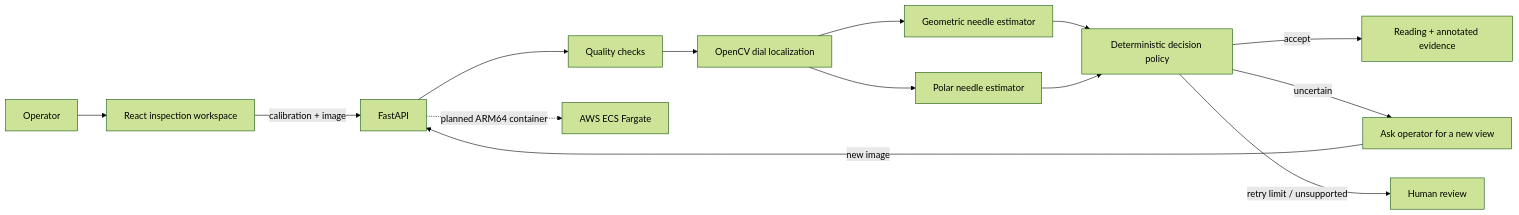
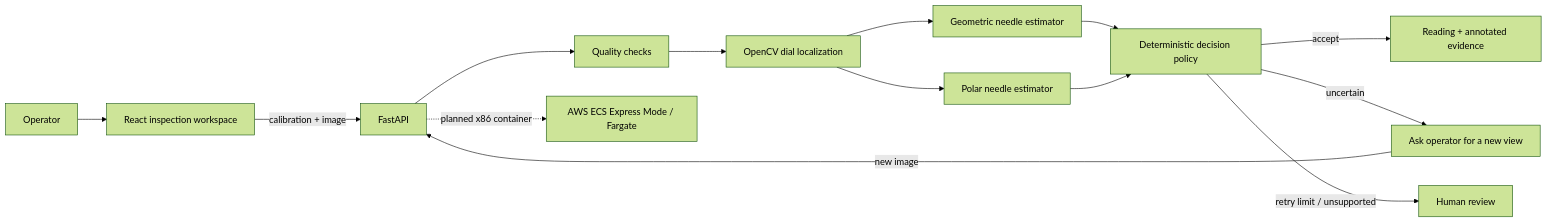
One commit to zalkabsi/Qyvoriq changed the diagram in README.md. Above: the diagram before and after it, drawn with Mermaid (forest theme). The commit also changed other lines of this file and 48 other files, not shown here.

````diff
--- a/README.md
+++ b/README.md
@@ -26,16 +26,16 @@
 ```mermaid
 flowchart LR
   U[Operator] --> W[React inspection workspace]
   W -->|calibration + image| A[FastAPI]
   A --> Q[Quality checks]
   Q --> L[OpenCV dial localization]
   L --> G[Geometric needle estimator]
   L --> P[Polar needle estimator]
   G --> D[Deterministic decision policy]
   P --> D
   D -->|accept| R[Reading + annotated evidence]
   D -->|uncertain| N[Ask operator for a new view]
   N -->|new image| A
   D -->|retry limit / unsupported| H[Human review]
-  A -. planned ARM64 container .-> AWS[AWS ECS Fargate]
+  A -. planned x86 container .-> AWS[AWS ECS Express Mode / Fargate]
 ```
````
